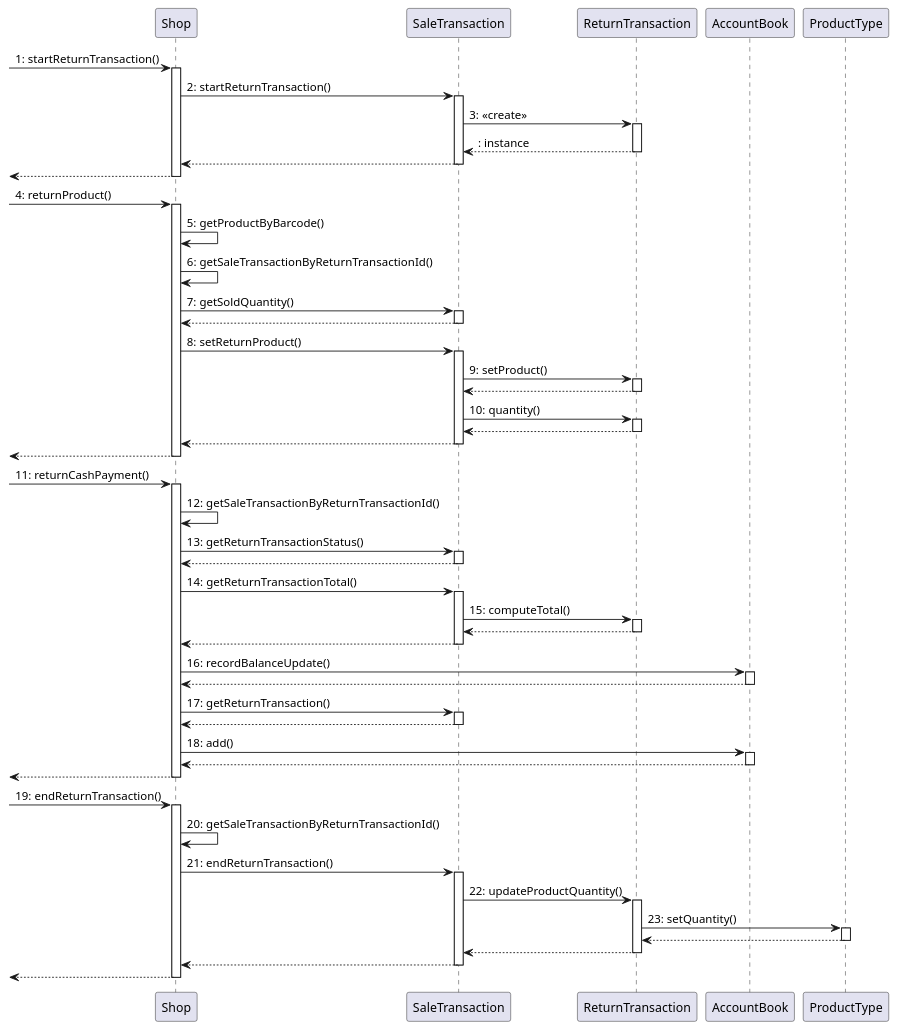
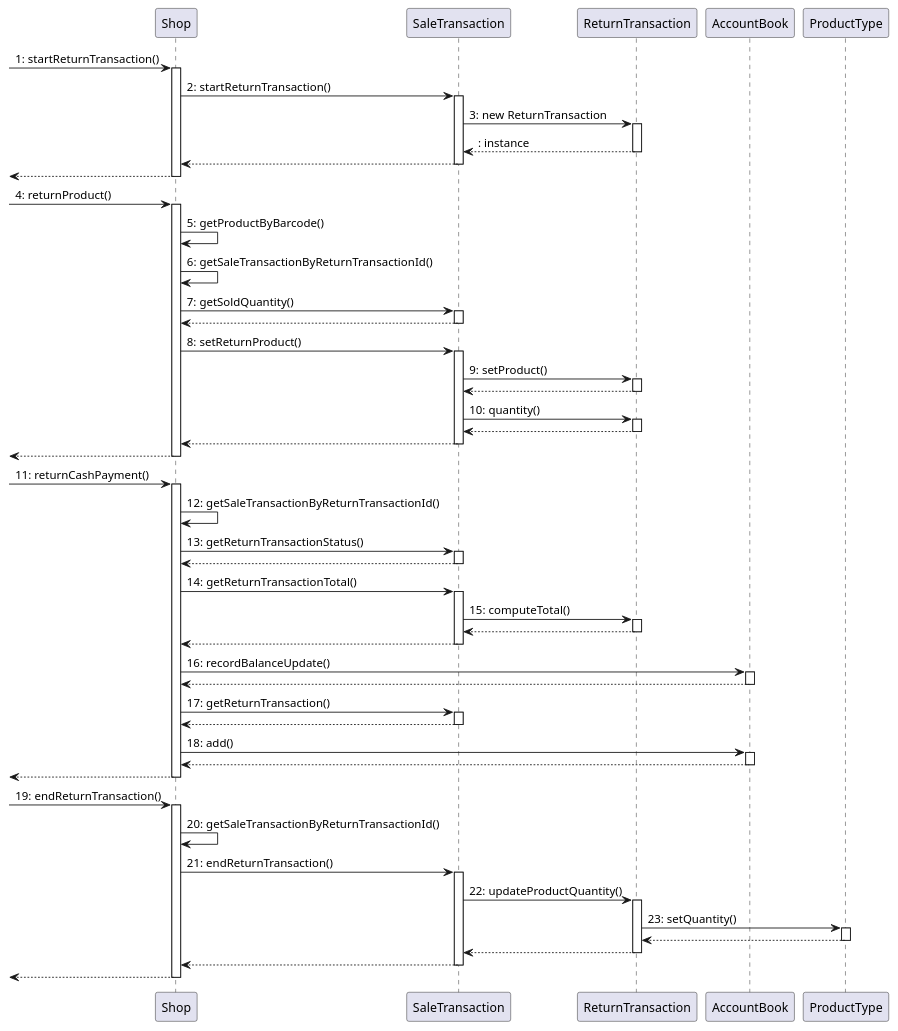
Before and after one commit to MatteoBattilana/EzShop: diagram 12 of 13 in Deliverables/DesignDocument.md, drawn with PlantUML. The commit also changed other lines of this file, not shown here.

Commit message:
docs: changed <<create>> to new

````diff
--- a/Deliverables/DesignDocument.md
+++ b/Deliverables/DesignDocument.md
@@ -506,81 +506,81 @@
 ```plantuml
 @startuml
 ->Shop: 1: startReturnTransaction()
 activate Shop
   Shop -> SaleTransaction: 2: startReturnTransaction()
   activate SaleTransaction
-    SaleTransaction -> ReturnTransaction: 3: <<create>>
+    SaleTransaction -> ReturnTransaction: 3: new ReturnTransaction
     activate ReturnTransaction
     return : instance
   return
 return
 
 ->Shop: 4: returnProduct()
   activate Shop
     Shop -> Shop: 5: getProductByBarcode()
     Shop -> Shop: 6: getSaleTransactionByReturnTransactionId()
     Shop -> SaleTransaction: 7: getSoldQuantity()
     activate SaleTransaction
     return
 
 
     Shop -> SaleTransaction: 8: setReturnProduct()
     activate SaleTransaction
           SaleTransaction -> ReturnTransaction: 9: setProduct()
           activate ReturnTransaction
           return
           SaleTransaction -> ReturnTransaction: 10: quantity()
           activate ReturnTransaction
           return
     return
 return
 
 
 
 
 
 -> Shop: 11: returnCashPayment()
 activate Shop
     Shop -> Shop: 12: getSaleTransactionByReturnTransactionId()
 
     Shop -> SaleTransaction: 13: getReturnTransactionStatus()
     activate SaleTransaction
     return
 
   Shop -> SaleTransaction: 14: getReturnTransactionTotal()
     activate SaleTransaction
      SaleTransaction -> ReturnTransaction: 15: computeTotal()
       activate ReturnTransaction
       return
     return
 
    Shop -> AccountBook: 16: recordBalanceUpdate()
    activate AccountBook
    return
    Shop -> SaleTransaction: 17: getReturnTransaction()
    activate SaleTransaction
    return
    Shop -> AccountBook: 18: add()
    activate AccountBook
    return
 return
 -> Shop: 19: endReturnTransaction()
 activate Shop
     Shop -> Shop: 20: getSaleTransactionByReturnTransactionId()
           Shop -> SaleTransaction: 21: endReturnTransaction()
           activate SaleTransaction
 
                    SaleTransaction -> ReturnTransaction: 22: updateProductQuantity()
                    activate ReturnTransaction
                    ReturnTransaction -> ProductType: 23: setQuantity()
                    activate ProductType
                    return
 
 
                  return
 
           return
 return
 
 @enduml
 ```
````
